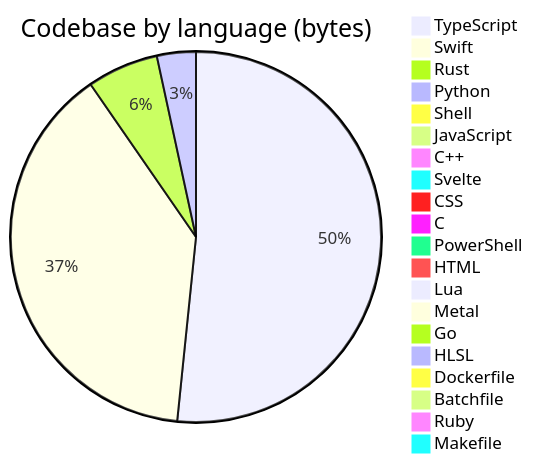
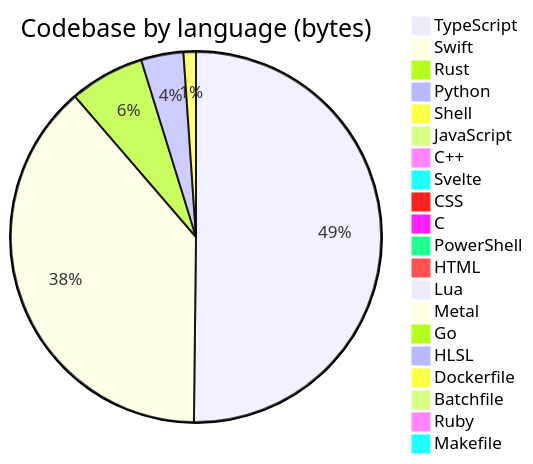
One commit to Open330/.github changed the diagram in profile/README.md. Above: the diagram before and after it, drawn with Mermaid. The commit also changed other lines of this file, not shown here.

````diff
--- a/profile/README.md
+++ b/profile/README.md
@@ -132,23 +132,23 @@
 ```mermaid
 pie title Codebase by language (bytes)
     "TypeScript" : 34829859
-    "Swift" : 26149311
-    "Rust" : 4200461
-    "Python" : 2291735
-    "Shell" : 694903
+    "Swift" : 26727247
+    "Rust" : 4535624
+    "Python" : 2564834
+    "Shell" : 753238
     "JavaScript" : 408382
     "C++" : 388775
     "Svelte" : 275766
     "CSS" : 152218
     "C" : 118462
     "PowerShell" : 98688
     "HTML" : 92692
     "Lua" : 48814
     "Metal" : 33192
     "Go" : 22811
     "HLSL" : 7527
     "Dockerfile" : 6524
     "Batchfile" : 5660
     "Ruby" : 3229
     "Makefile" : 1307
 ```
````
